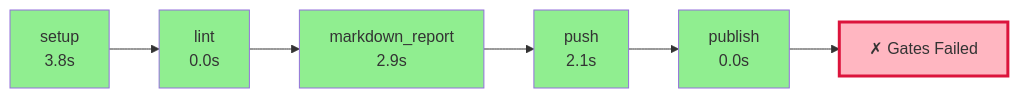
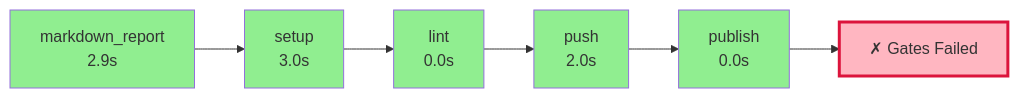
The diagram in .pyqual/report.md (wronai/fixos), drawn with Mermaid before and after one commit. The commit also changed other lines of this file and 3 other files, not shown here.

````diff
--- a/.pyqual/report.md
+++ b/.pyqual/report.md
@@ -10,20 +10,20 @@
 ```mermaid
 flowchart LR
-    S0["setup<br/>3.8s"]
+    S0["markdown_report<br/>2.9s"]
     style S0 fill:#90EE90
-    S1["lint<br/>0.0s"]
+    S1["setup<br/>3.0s"]
     style S1 fill:#90EE90
     S0 --> S1
-    S2["markdown_report<br/>2.9s"]
+    S2["lint<br/>0.0s"]
     style S2 fill:#90EE90
     S1 --> S2
-    S3["push<br/>2.1s"]
+    S3["push<br/>2.0s"]
     style S3 fill:#90EE90
     S2 --> S3
     S4["publish<br/>0.0s"]
     style S4 fill:#90EE90
     S3 --> S4
     G["✗ Gates Failed"]
     style G fill:#FFB6C1,stroke:#DC143C,stroke-width:3px
     S4 --> G
 ```
````
